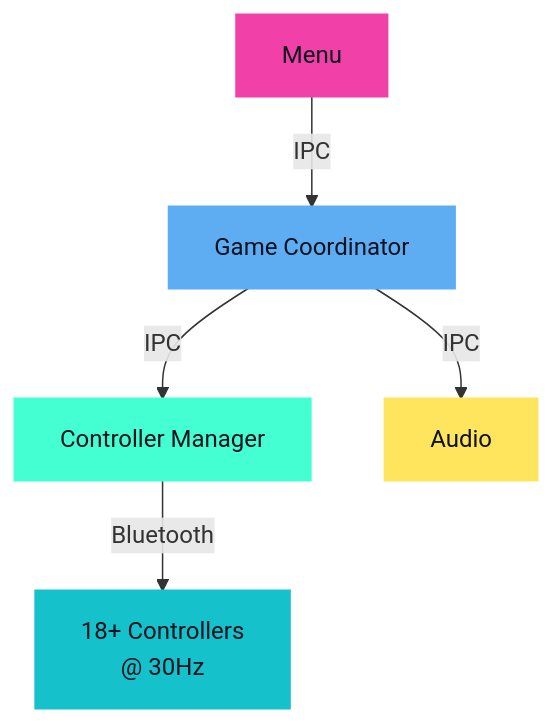
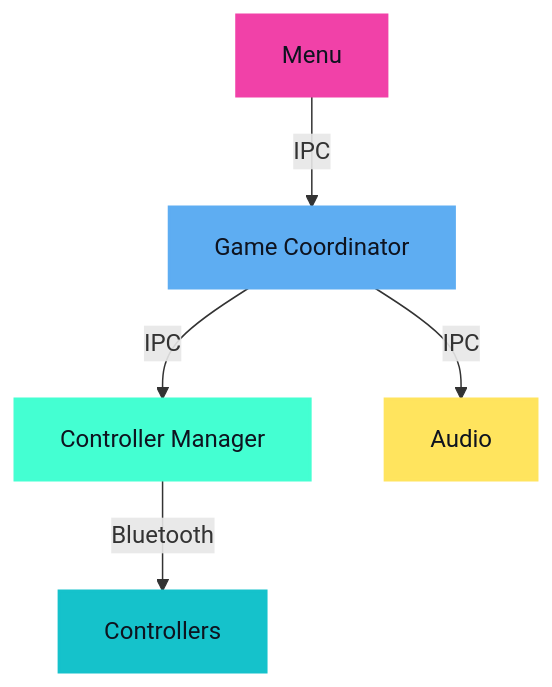
The first of 4 diagrams in cloud-native-linz-presentation/slides.md (WatchMeJoustMyFlags/kubecon-material), drawn with Mermaid before and after one commit. The commit also changed other lines of this file, not shown here.

Commit message:
fix: move original architecture slide to learning 1

````diff
--- a/cloud-native-linz-presentation/slides.md
+++ b/cloud-native-linz-presentation/slides.md
@@ -77,19 +139,19 @@
 ```mermaid {scale:0.85}
 graph TD
     Menu[Menu]
     GC[Game Coordinator]
     CM[Controller Manager]
     Audio[Audio]
-    Controllers[18+ Controllers<br/>@ 30Hz]
+    Controllers[Controllers]
 
     Menu -->|IPC| GC
     GC -->|IPC| CM
     GC -->|IPC| Audio
     CM -->|Bluetooth| Controllers
 
     style Menu fill:#f141a8,stroke:#f141a8,stroke-width:2px,color:#0e131f
     style GC fill:#5eadf2,stroke:#5eadf2,stroke-width:2px,color:#0e131f
     style CM fill:#44ffd2,stroke:#44ffd2,stroke-width:2px,color:#0e131f
     style Audio fill:#ffe45e,stroke:#ffe45e,stroke-width:2px,color:#0e131f
     style Controllers fill:#15c2cb,stroke:#15c2cb,stroke-width:2px,color:#0e131f
 ```
````
